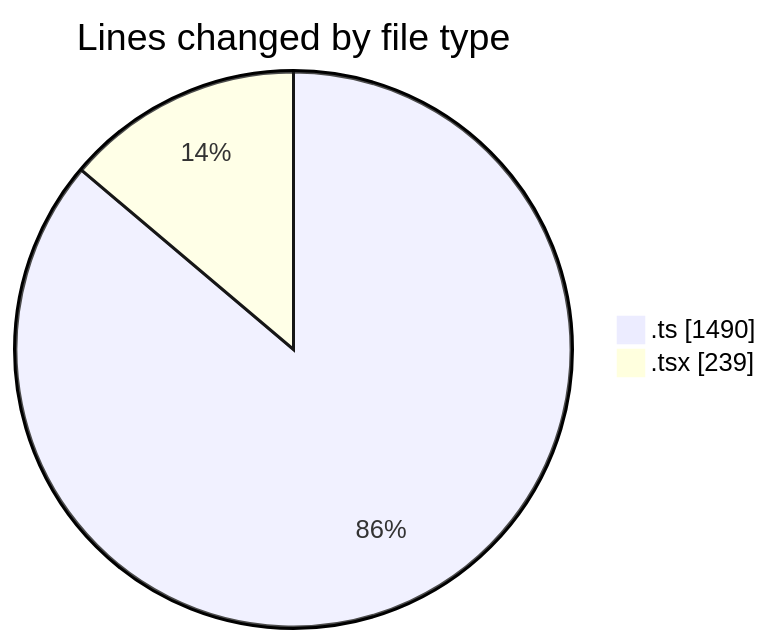
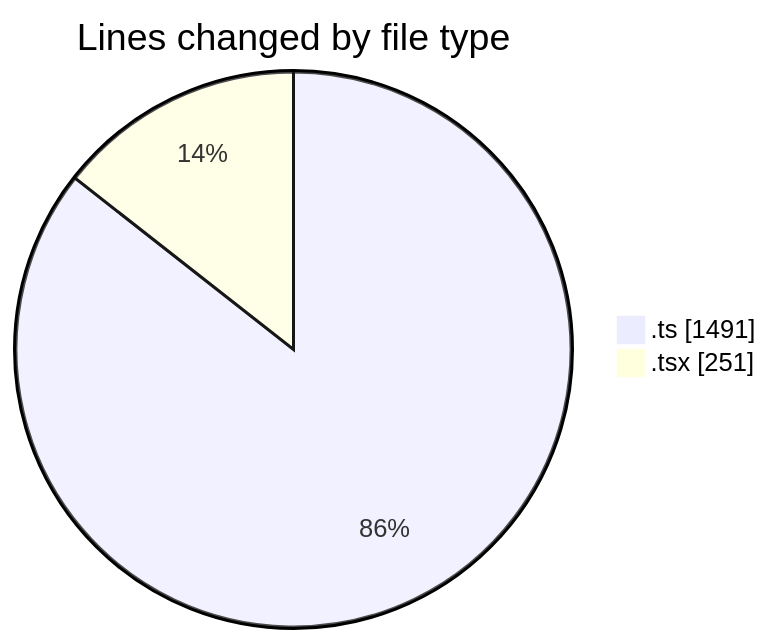
The first of 2 diagrams in 2025-11-27/cda/README.md (momahboobian/code-tracking), drawn with Mermaid before and after one commit. The commit also changed other lines of this file and 1 other file, not shown here.

````diff
--- a/2025-11-27/cda/README.md
+++ b/2025-11-27/cda/README.md
@@ -22,6 +22,6 @@
 ```mermaid
 pie showData
 title Lines changed by file type
-".ts" : 1490
-".tsx" : 239
+".ts" : 1491
+".tsx" : 251
 ```
````
